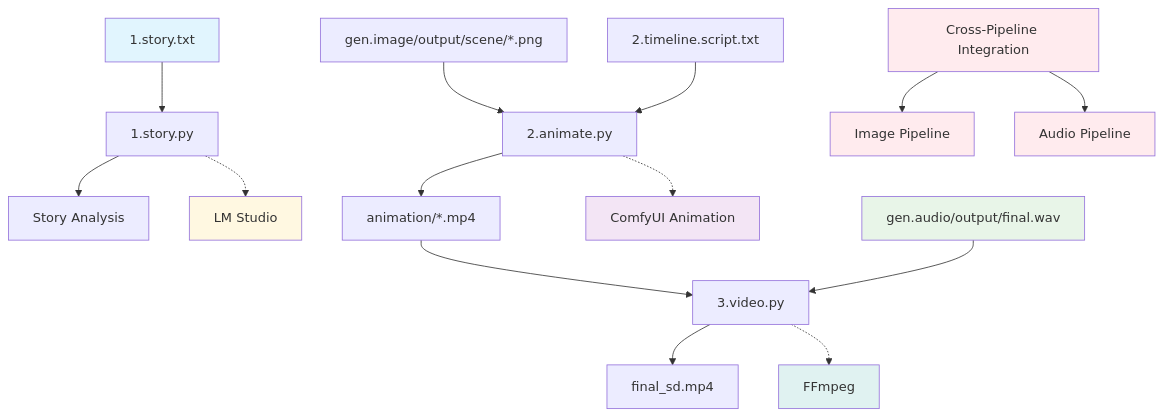
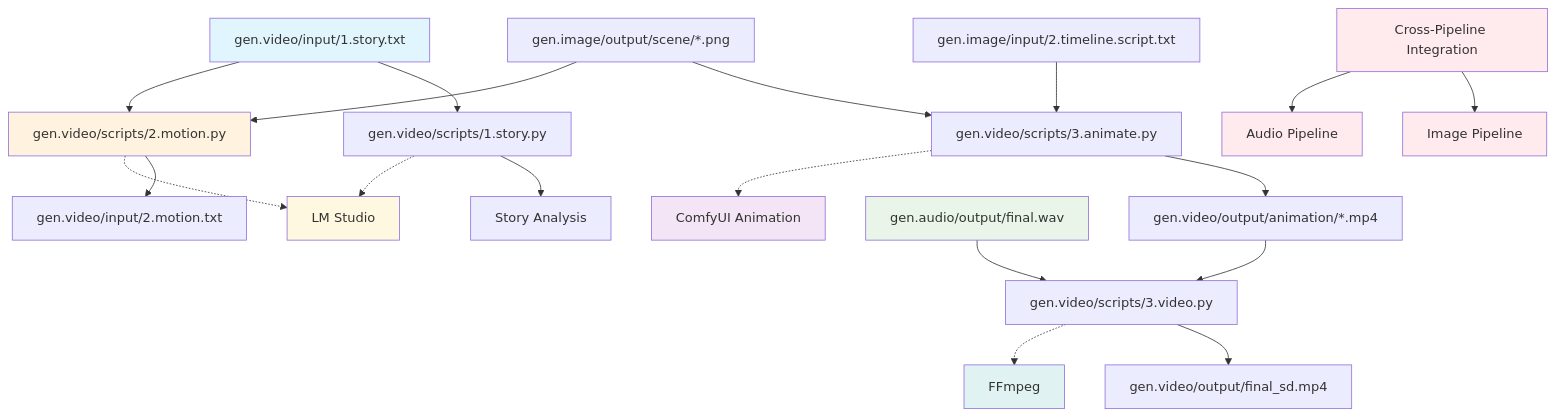
One commit to prskid1000/AI-Content-Pipelines changed the third of 4 diagrams in README.md. Above: the diagram before and after it, drawn with Mermaid. The commit also changed other lines of this file and 19 other files, not shown here.

````diff
--- a/README.md
+++ b/README.md
@@ -955,28 +987,34 @@
 ```mermaid
 graph TD
-    A[1.story.txt] --> B[1.story.py]
+    A[gen.video/input/1.story.txt] --> B[gen.video/scripts/1.story.py]
     B --> C[Story Analysis]
     B -.-> D[LM Studio]
     
-    E[gen.image/output/scene/*.png] --> F[2.animate.py]
-    G[2.timeline.script.txt] --> F
-    F --> H[animation/*.mp4]
+    E[gen.image/output/scene/*.png] --> F[gen.video/scripts/3.animate.py]
+    G[gen.image/input/2.timeline.script.txt] --> F
+    F --> H[gen.video/output/animation/*.mp4]
     F -.-> I[ComfyUI Animation]
     
-    H --> J[3.video.py]
+    H --> J[gen.video/scripts/3.video.py]
     K[gen.audio/output/final.wav] --> J
-    J --> L[final_sd.mp4]
+    J --> L[gen.video/output/final_sd.mp4]
     J -.-> M[FFmpeg]
     
-    N[Cross-Pipeline Integration] --> O[Image Pipeline]
-    N --> P[Audio Pipeline]
+    A --> N[gen.video/scripts/2.motion.py]
+    E --> N
+    N --> O[gen.video/input/2.motion.txt]
+    N -.-> D
+    
+    P[Cross-Pipeline Integration] --> Q[Image Pipeline]
+    P --> R[Audio Pipeline]
     
     style A fill:#e1f5fe
     style D fill:#fff8e1
     style I fill:#f3e5f5
     style M fill:#e0f2f1
     style K fill:#e8f5e8
-    style N fill:#ffebee
-    style O fill:#ffebee
     style P fill:#ffebee
+    style Q fill:#ffebee
+    style R fill:#ffebee
+    style N fill:#fff3e0
 ``` 
````
